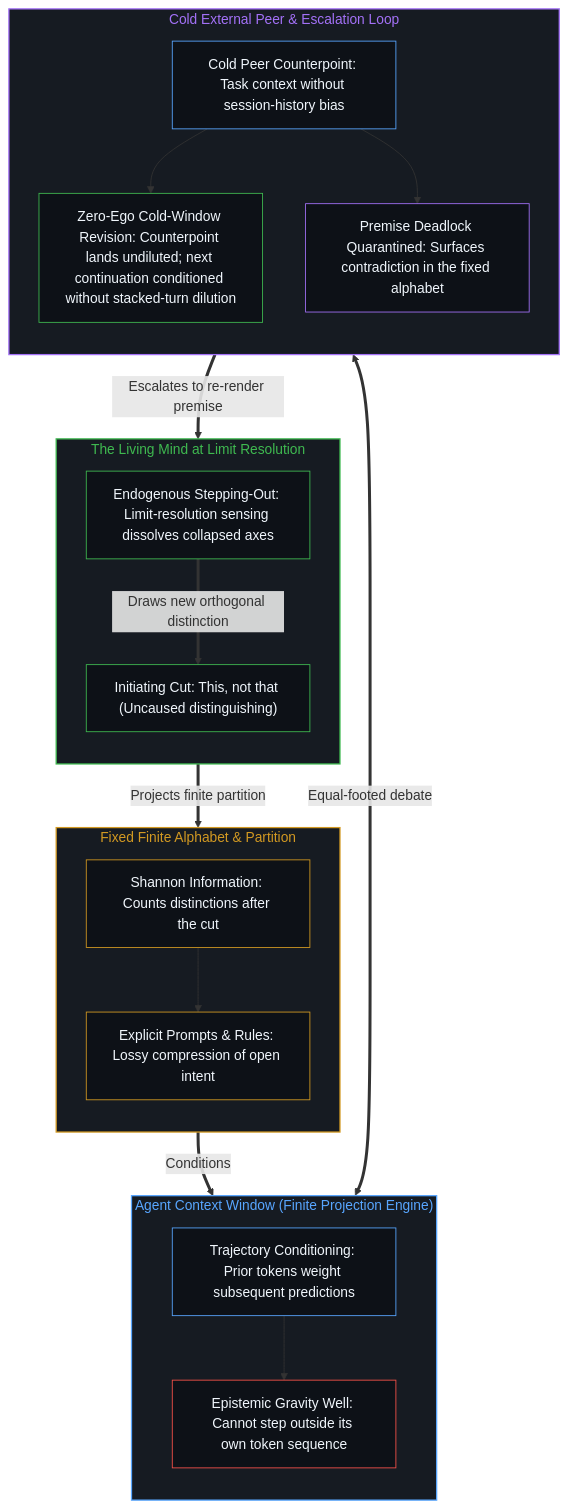
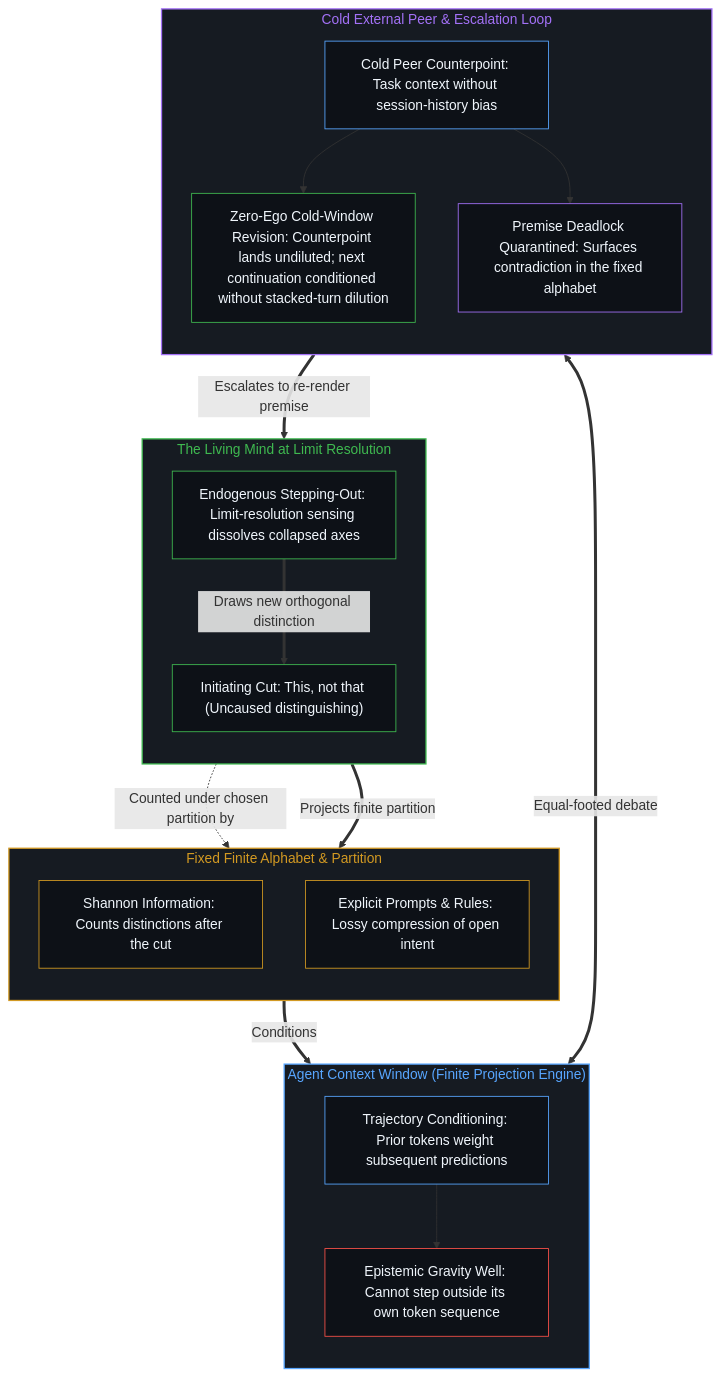
The second of 2 diagrams in content/posts/what-information-is.md (powerpig99/not-a-toe), drawn with Mermaid before and after one commit. The commit also changed other lines of this file and 3 other files, not shown here.

````diff
--- a/content/posts/what-information-is.md
+++ b/content/posts/what-information-is.md
@@ -92,46 +92,46 @@
 ```mermaid
 flowchart TD
     subgraph S_Mind["The Living Mind at Limit Resolution"]
         direction TB
         C1["Initiating Cut: This, not that (Uncaused distinguishing)"]
         C2["Endogenous Stepping-Out: Limit-resolution sensing dissolves collapsed axes"]
     end
     subgraph S_Alphabet["Fixed Finite Alphabet & Partition"]
         direction TB
         M1["Shannon Information: Counts distinctions after the cut"]
         M2["Explicit Prompts & Rules: Lossy compression of open intent"]
-        M1 --> M2
     end
     subgraph S_Engine["Agent Context Window (Finite Projection Engine)"]
         direction TB
         E1["Trajectory Conditioning: Prior tokens weight subsequent predictions"]
         E2["Epistemic Gravity Well: Cannot step outside its own token sequence"]
         E1 --> E2
     end
     subgraph S_Peer["Cold External Peer & Escalation Loop"]
         direction TB
         P1["Cold Peer Counterpoint: Task context without session-history bias"]
         P2["Zero-Ego Cold-Window Revision: Counterpoint lands undiluted; next continuation conditioned without stacked-turn dilution"]
         P3["Premise Deadlock Quarantined: Surfaces contradiction in the fixed alphabet"]
         P1 --> P2
         P1 --> P3
     end
-    C1 ==>|"Projects finite partition"| M1
+    C1 -.->|"Counted under chosen partition by"| M1
+    C1 ==>|"Projects finite partition"| M2
     M2 ==>|"Conditions"| E1
     E2 <===>|"Equal-footed debate"| P1
     P3 ==>|"Escalates to re-render premise"| C2
     C2 ==>|"Draws new orthogonal distinction"| C1
     style S_Mind fill:#161b22,stroke:#3fb950,stroke-width:1.5px,color:#3fb950
     style S_Alphabet fill:#161b22,stroke:#d29922,stroke-width:1.5px,color:#d29922
     style S_Engine fill:#161b22,stroke:#58a6ff,stroke-width:1.5px,color:#58a6ff
     style S_Peer fill:#161b22,stroke:#a371f7,stroke-width:1.5px,color:#a371f7
     style C1 fill:#0d1117,stroke:#3fb950,stroke-width:1px,color:#f0f6fc
     style C2 fill:#0d1117,stroke:#3fb950,stroke-width:1px,color:#f0f6fc
     style M1 fill:#0d1117,stroke:#d29922,stroke-width:1px,color:#f0f6fc
     style M2 fill:#0d1117,stroke:#d29922,stroke-width:1px,color:#f0f6fc
     style E1 fill:#0d1117,stroke:#58a6ff,stroke-width:1px,color:#f0f6fc
     style E2 fill:#0d1117,stroke:#f85149,stroke-width:1px,color:#f0f6fc
     style P1 fill:#0d1117,stroke:#58a6ff,stroke-width:1px,color:#f0f6fc
     style P2 fill:#0d1117,stroke:#3fb950,stroke-width:1px,color:#f0f6fc
     style P3 fill:#0d1117,stroke:#a371f7,stroke-width:1px,color:#f0f6fc
 ```
````
